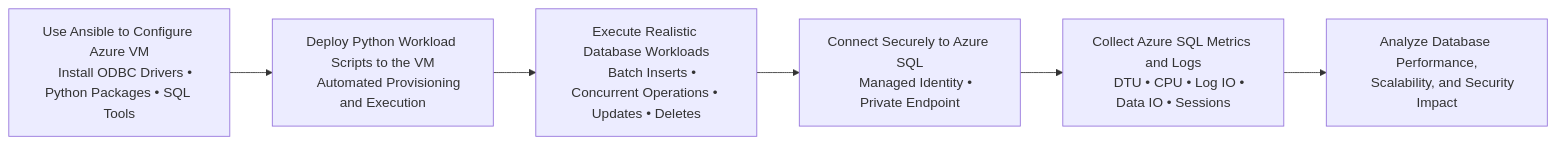
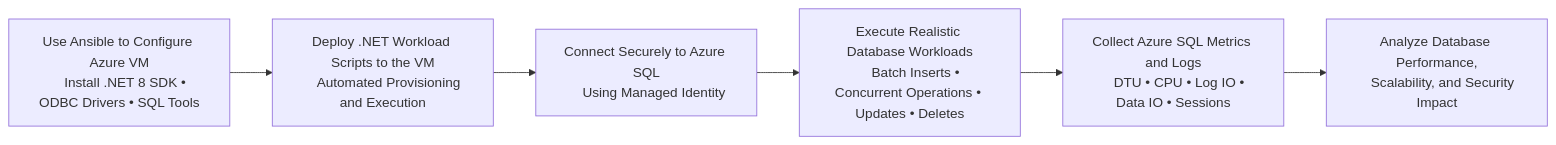
One commit to hardeymolhar/azure-sql-automated-infrastructure changed the seventh of 7 diagrams in README.md. Above: the diagram before and after it, drawn with Mermaid. The commit also changed other lines of this file and 14 other files, not shown here.

Commit message:
feat(workloads): add .NET Always Encrypted workload automation

````diff
--- a/README.md
+++ b/README.md
@@ -328,32 +364,34 @@
 ``` mermaid
 flowchart LR
 
     A[Use Ansible to Configure Azure VM
-    Install ODBC Drivers • Python Packages • SQL Tools]
+    Install .NET 8 SDK • ODBC Drivers • SQL Tools]
 
     -->
 
-    B[Deploy Python Workload Scripts to the VM
+    B[Deploy .NET Workload Scripts to the VM
     Automated Provisioning and Execution]
 
     -->
 
-    C[Execute Realistic Database Workloads
+    C[Connect Securely to Azure SQL
+    Using Managed Identity]
+
+    -->
+
+    D[Execute Realistic Database Workloads
     Batch Inserts • Concurrent Operations • Updates • Deletes]
 
     -->
 
-    D[Connect Securely to Azure SQL
-    Managed Identity • Private Endpoint]
 
-    -->
 
     E[Collect Azure SQL Metrics and Logs
     DTU • CPU • Log IO • Data IO • Sessions]
 
     -->
 
     F[Analyze Database Performance,
     Scalability, and Security Impact]
 
 ```
````
